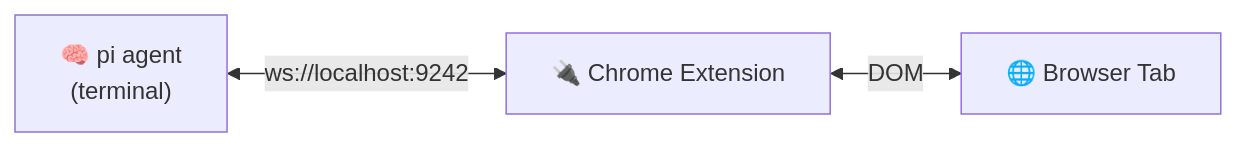
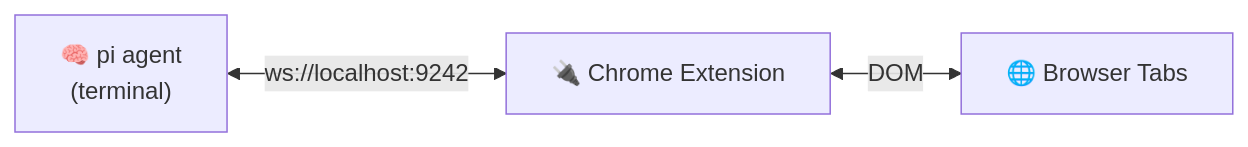
One commit to vzsoares/agent-browser-bridge changed the first of 2 diagrams in README.md. Above: the diagram before and after it, drawn with Mermaid. The commit also changed other lines of this file and 55 other files, not shown here.

````diff
--- a/README.md
+++ b/README.md
@@ -5,5 +5,5 @@
 ```mermaid
 flowchart LR
     pi["🧠 pi agent\n(terminal)"]<-->|"ws://localhost:9242"| ext["🔌 Chrome Extension"]
-    ext<-->|DOM| browser["🌐 Browser Tab"]
+    ext<-->|DOM| browser["🌐 Browser Tabs"]
 ```
````
